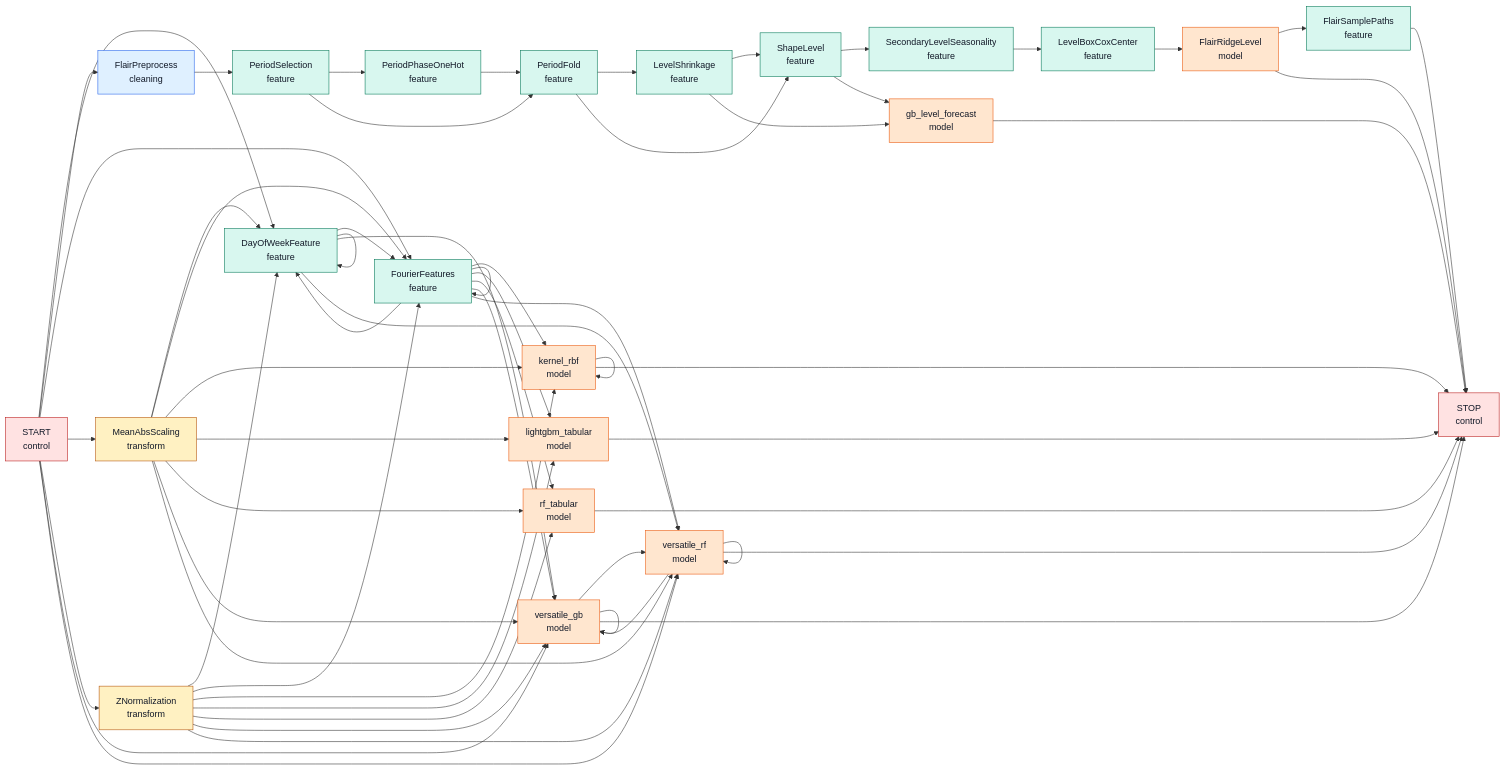
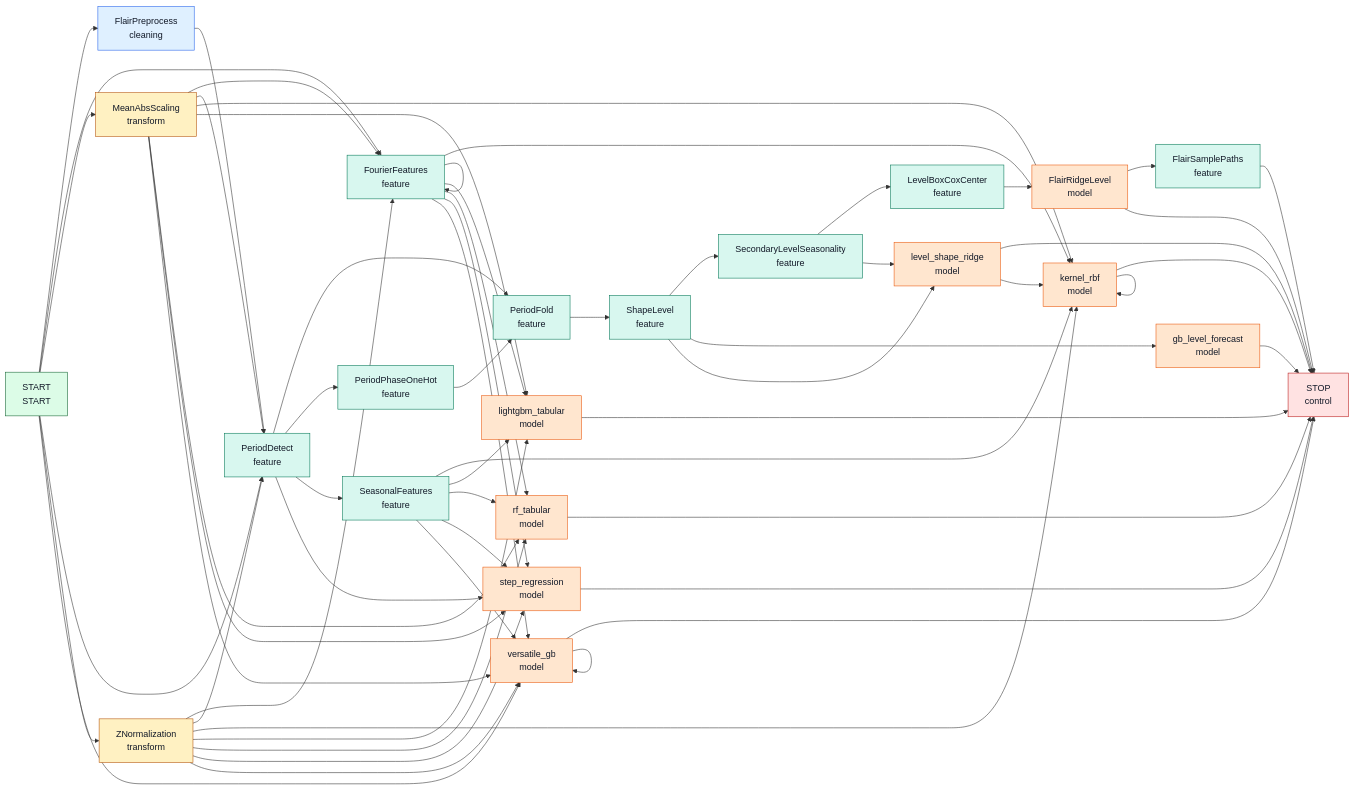
One commit to chahineNejm/graph_Time_series changed the diagram in token_graph_catalog/outputs/token_graph.md. Above: the diagram before and after it, drawn with Mermaid. The commit also changed other lines of this file and 12 other files, not shown here.

````diff
--- a/token_graph_catalog/outputs/token_graph.md
+++ b/token_graph_catalog/outputs/token_graph.md
@@ -31,95 +29,86 @@
 ```mermaid
 flowchart LR
-  n_START["START<br/>control"]:::control
+  n_START["START<br/>START"]:::START
+  n_FlairPreprocess["FlairPreprocess<br/>cleaning"]:::cleaning
   n_STOP["STOP<br/>control"]:::control
-  n_FlairPreprocess["FlairPreprocess<br/>cleaning"]:::cleaning
-  n_MeanAbsScaling["MeanAbsScaling<br/>transform"]:::transform
-  n_ZNormalization["ZNormalization<br/>transform"]:::transform
-  n_DayOfWeekFeature["DayOfWeekFeature<br/>feature"]:::feature
+  n_FlairSamplePaths["FlairSamplePaths<br/>feature"]:::feature
   n_FourierFeatures["FourierFeatures<br/>feature"]:::feature
   n_LevelBoxCoxCenter["LevelBoxCoxCenter<br/>feature"]:::feature
-  n_LevelShrinkage["LevelShrinkage<br/>feature"]:::feature
+  n_PeriodDetect["PeriodDetect<br/>feature"]:::feature
   n_PeriodFold["PeriodFold<br/>feature"]:::feature
   n_PeriodPhaseOneHot["PeriodPhaseOneHot<br/>feature"]:::feature
-  n_PeriodSelection["PeriodSelection<br/>feature"]:::feature
+  n_SeasonalFeatures["SeasonalFeatures<br/>feature"]:::feature
   n_SecondaryLevelSeasonality["SecondaryLevelSeasonality<br/>feature"]:::feature
   n_ShapeLevel["ShapeLevel<br/>feature"]:::feature
   n_FlairRidgeLevel["FlairRidgeLevel<br/>model"]:::model
-  n_FlairSamplePaths["FlairSamplePaths<br/>feature"]:::feature
   n_gb_level_forecast["gb_level_forecast<br/>model"]:::model
   n_kernel_rbf["kernel_rbf<br/>model"]:::model
+  n_level_shape_ridge["level_shape_ridge<br/>model"]:::model
   n_lightgbm_tabular["lightgbm_tabular<br/>model"]:::model
   n_rf_tabular["rf_tabular<br/>model"]:::model
+  n_step_regression["step_regression<br/>model"]:::model
   n_versatile_gb["versatile_gb<br/>model"]:::model
-  n_versatile_rf["versatile_rf<br/>model"]:::model
-
-  n_START --> n_DayOfWeekFeature
-  n_START --> n_FlairPreprocess
-  n_START --> n_FourierFeatures
-  n_START --> n_MeanAbsScaling
-  n_START --> n_ZNormalization
-  n_START --> n_versatile_gb
-  n_START --> n_versatile_rf
-
-  n_ZNormalization --> n_DayOfWeekFeature
-  n_ZNormalization --> n_FourierFeatures
-  n_ZNormalization --> n_kernel_rbf
-  n_ZNormalization --> n_lightgbm_tabular
-  n_ZNormalization --> n_rf_tabular
-  n_ZNormalization --> n_versatile_gb
-  n_ZNormalization --> n_versatile_rf
-
-  n_MeanAbsScaling --> n_DayOfWeekFeature
-  n_MeanAbsScaling --> n_FourierFeatures
-  n_MeanAbsScaling --> n_kernel_rbf
-  n_MeanAbsScaling --> n_lightgbm_tabular
-  n_MeanAbsScaling --> n_rf_tabular
-  n_MeanAbsScaling --> n_versatile_gb
-  n_MeanAbsScaling --> n_versatile_rf
-
-  n_DayOfWeekFeature --> n_DayOfWeekFeature
-  n_DayOfWeekFeature --> n_FourierFeatures
-  n_DayOfWeekFeature --> n_versatile_gb
-  n_DayOfWeekFeature --> n_versatile_rf
-
-  n_FourierFeatures --> n_DayOfWeekFeature
+  n_MeanAbsScaling["MeanAbsScaling<br/>transform"]:::transform
+  n_ZNormalization["ZNormalization<br/>transform"]:::transform
+  n_FlairPreprocess --> n_PeriodDetect
+  n_FlairRidgeLevel --> n_FlairSamplePaths
+  n_FlairRidgeLevel --> n_STOP
+  n_FlairSamplePaths --> n_STOP
   n_FourierFeatures --> n_FourierFeatures
   n_FourierFeatures --> n_kernel_rbf
   n_FourierFeatures --> n_lightgbm_tabular
   n_FourierFeatures --> n_rf_tabular
+  n_FourierFeatures --> n_step_regression
   n_FourierFeatures --> n_versatile_gb
-  n_FourierFeatures --> n_versatile_rf
-
-  n_kernel_rbf --> n_kernel_rbf
-  n_kernel_rbf --> n_STOP
-  n_rf_tabular --> n_STOP
-  n_lightgbm_tabular --> n_STOP
-
-  n_versatile_rf --> n_versatile_rf
-  n_versatile_rf --> n_versatile_gb
-  n_versatile_rf --> n_STOP
-  n_versatile_gb --> n_versatile_rf
-  n_versatile_gb --> n_versatile_gb
-  n_versatile_gb --> n_STOP
-
-  n_FlairPreprocess --> n_PeriodSelection
-  n_PeriodSelection --> n_PeriodPhaseOneHot
-  n_PeriodSelection --> n_PeriodFold
+  n_LevelBoxCoxCenter --> n_FlairRidgeLevel
+  n_MeanAbsScaling --> n_FourierFeatures
+  n_MeanAbsScaling --> n_PeriodDetect
+  n_MeanAbsScaling --> n_kernel_rbf
+  n_MeanAbsScaling --> n_lightgbm_tabular
+  n_MeanAbsScaling --> n_rf_tabular
+  n_MeanAbsScaling --> n_step_regression
+  n_MeanAbsScaling --> n_versatile_gb
+  n_PeriodDetect --> n_PeriodFold
+  n_PeriodDetect --> n_PeriodPhaseOneHot
+  n_PeriodDetect --> n_SeasonalFeatures
+  n_PeriodDetect --> n_step_regression
+  n_PeriodFold --> n_ShapeLevel
   n_PeriodPhaseOneHot --> n_PeriodFold
-  n_PeriodFold --> n_LevelShrinkage
-  n_PeriodFold --> n_ShapeLevel
-  n_LevelShrinkage --> n_ShapeLevel
-  n_LevelShrinkage --> n_gb_level_forecast
+  n_START --> n_FlairPreprocess
+  n_START --> n_FourierFeatures
+  n_START --> n_MeanAbsScaling
+  n_START --> n_PeriodDetect
+  n_START --> n_ZNormalization
+  n_START --> n_versatile_gb
+  n_SeasonalFeatures --> n_kernel_rbf
+  n_SeasonalFeatures --> n_lightgbm_tabular
+  n_SeasonalFeatures --> n_rf_tabular
+  n_SeasonalFeatures --> n_step_regression
+  n_SeasonalFeatures --> n_versatile_gb
+  n_SecondaryLevelSeasonality --> n_LevelBoxCoxCenter
+  n_SecondaryLevelSeasonality --> n_level_shape_ridge
   n_ShapeLevel --> n_SecondaryLevelSeasonality
   n_ShapeLevel --> n_gb_level_forecast
-  n_SecondaryLevelSeasonality --> n_LevelBoxCoxCenter
-  n_LevelBoxCoxCenter --> n_FlairRidgeLevel
-  n_FlairRidgeLevel --> n_FlairSamplePaths
-  n_FlairRidgeLevel --> n_STOP
-  n_FlairSamplePaths --> n_STOP
+  n_ShapeLevel --> n_level_shape_ridge
+  n_ZNormalization --> n_FourierFeatures
+  n_ZNormalization --> n_PeriodDetect
+  n_ZNormalization --> n_kernel_rbf
+  n_ZNormalization --> n_lightgbm_tabular
+  n_ZNormalization --> n_rf_tabular
+  n_ZNormalization --> n_step_regression
+  n_ZNormalization --> n_versatile_gb
   n_gb_level_forecast --> n_STOP
-
+  n_kernel_rbf --> n_STOP
+  n_kernel_rbf --> n_kernel_rbf
+  n_level_shape_ridge --> n_STOP
+  n_level_shape_ridge --> n_kernel_rbf
+  n_lightgbm_tabular --> n_STOP
+  n_rf_tabular --> n_STOP
+  n_step_regression --> n_STOP
+  n_versatile_gb --> n_STOP
+  n_versatile_gb --> n_versatile_gb
   classDef control fill:#ffe2e2,stroke:#b91c1c,stroke-width:1px,color:#111827
+  classDef START fill:#dcfce7,stroke:#166534,stroke-width:1px,color:#111827
   classDef cleaning fill:#dff0ff,stroke:#2563eb,stroke-width:1px,color:#111827
   classDef transform fill:#fff1c2,stroke:#b45309,stroke-width:1px,color:#111827
   classDef feature fill:#d8f7ef,stroke:#047857,stroke-width:1px,color:#111827
````
